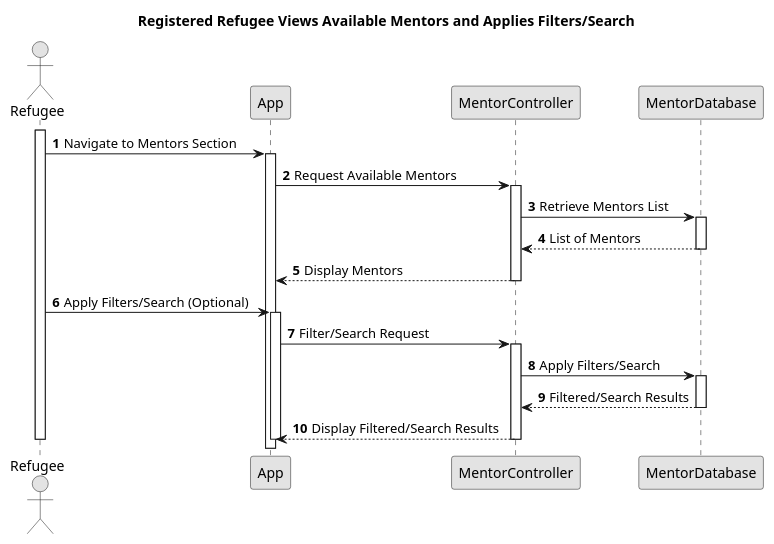
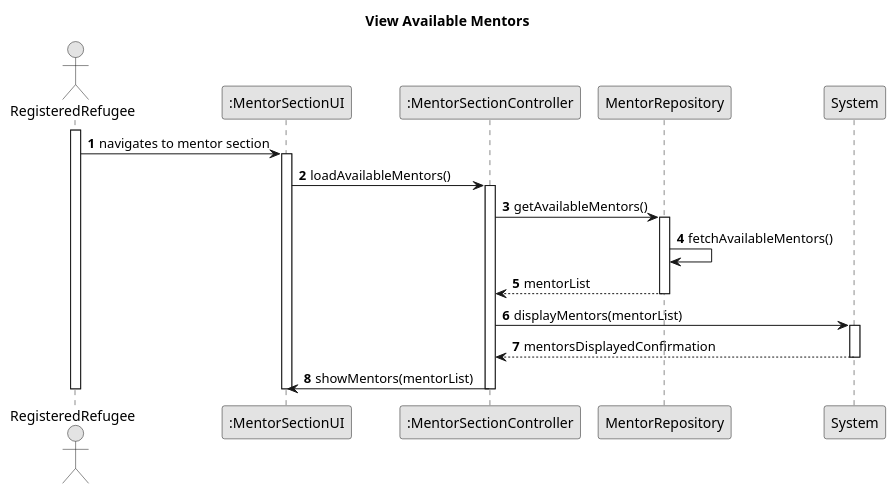
The diagram in Doc/use-Cases/uc021/sequenceDiagram/sequenceDiagram021.puml (kanzodotjava/RefugeeLINK), drawn with PlantUML before and after one commit. The commit also changed 25 other files, not shown here.

Commit message:
updates diagrams and a refugee controller

```diff
--- a/Doc/use-Cases/uc021/sequenceDiagram/sequenceDiagram021.puml
+++ b/Doc/use-Cases/uc021/sequenceDiagram/sequenceDiagram021.puml
@@ -1,48 +1,37 @@
 @startuml
 skinparam monochrome true
 skinparam packageStyle rectangle
 skinparam shadowing false
 
-title Registered Refugee Views Available Mentors and Applies Filters/Search
+title View Available Mentors
 
 autonumber
 
-actor Refugee
-participant "App" as App
-participant "MentorController" as MentorCtrl
-participant "MentorDatabase" as MentorDB
+actor RegisteredRefugee
+participant ":MentorSectionUI" as ui
+participant ":MentorSectionController" as ctrl
+participant "MentorRepository" as mentorRepo
+participant "System" as system
 
-activate Refugee
+activate RegisteredRefugee
 
-Refugee -> App : Navigate to Mentors Section
-activate App
+    RegisteredRefugee -> ui : navigates to mentor section
+    activate ui
+        ui -> ctrl : loadAvailableMentors()
+        activate ctrl
+            ctrl -> mentorRepo : getAvailableMentors()
+            activate mentorRepo
+                mentorRepo -> mentorRepo : fetchAvailableMentors()
+                mentorRepo --> ctrl : mentorList
+            deactivate mentorRepo
+            ctrl -> system : displayMentors(mentorList)
+            activate system
+                system --> ctrl : mentorsDisplayedConfirmation
+            deactivate system
+            ctrl -> ui : showMentors(mentorList)
+        deactivate ctrl
+    deactivate ui
 
-App -> MentorCtrl : Request Available Mentors
-activate MentorCtrl
-
-MentorCtrl -> MentorDB : Retrieve Mentors List
-activate MentorDB
-MentorDB --> MentorCtrl : List of Mentors
-deactivate MentorDB
-
-MentorCtrl --> App : Display Mentors
-deactivate MentorCtrl
-
-Refugee -> App : Apply Filters/Search (Optional)
-activate App
-
-App -> MentorCtrl : Filter/Search Request
-activate MentorCtrl
-
-MentorCtrl -> MentorDB : Apply Filters/Search
-activate MentorDB
-MentorDB --> MentorCtrl : Filtered/Search Results
-deactivate MentorDB
-
-MentorCtrl --> App : Display Filtered/Search Results
-deactivate MentorCtrl
-deactivate App
-
-deactivate Refugee
+deactivate RegisteredRefugee
 
 @enduml
```
